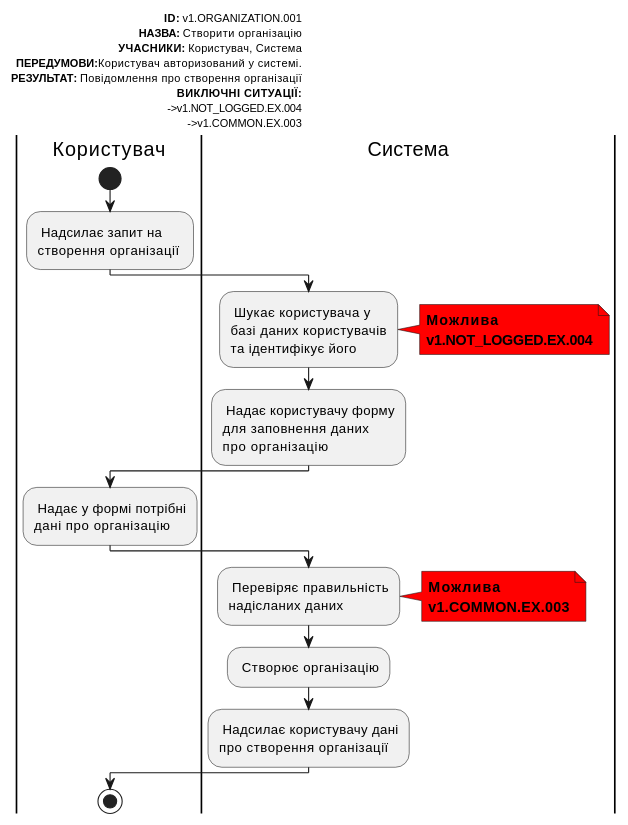
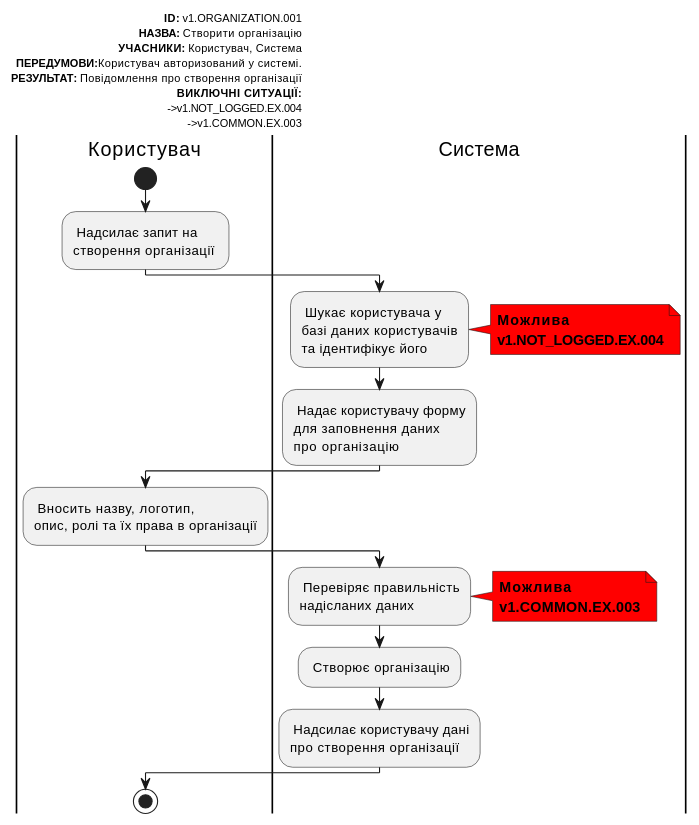
The sixth of 18 diagrams in docs/use cases/README.md (Znskiy/survey-expert), drawn with PlantUML before and after one commit. The commit also changed other lines of this file, not shown here.

```diff
--- a/docs/use cases/README.md
+++ b/docs/use cases/README.md
@@ -286,53 +287,53 @@
   @startuml
 
       left header
            <font color=000 size=10><b>ID:</b> v1.ORGANIZATION.001
            <font color=000 size=10><b>НАЗВА:</b> Створити організацію
            <font color=000 size=10><b>УЧАСНИКИ:</b> Користувач, Система
            <font color=000 size=10><b>ПЕРЕДУМОВИ:</b>Користувач авторизований у системі.
            <font color=000 size=10><b>РЕЗУЛЬТАТ:</b> Повідомлення про створення організації
            <font color=000 size=10><b>ВИКЛЮЧНІ СИТУАЦІЇ:</b>
            <font color=000 size=10>->v1.NOT_LOGGED.EX.004
            <font color=000 size=10>->v1.COMMON.EX.003
        end header
 
        |Користувач|
            start
            : Надсилає запит на
            створення організації ;
 
        |Система|
            : Шукає користувача у
            базі даних користувачів
            та ідентифікує його;
 
            note right #ff0000
            <b>Можлива</b>
            <b>v1.NOT_LOGGED.EX.004</b>
            end note
 
            : Надає користувачу форму
            для заповнення даних
            про організацію;
 
        |Користувач|
-           : Надає у формі потрібні
-           дані про організацію;
+           : Вносить назву, логотип,
+           опис, ролі та їх права в організації;
 
        |Система|
            : Перевіряє правильність
            надісланих даних;
 
            note right #ff0000
            <b>Можлива</b>
            <b>v1.COMMON.EX.003</b>
            end note
 
            : Створює організацію;
 
            : Надсилає користувачу дані
            про створення організації;
        |Користувач|
            stop;
 
   @enduml
```
